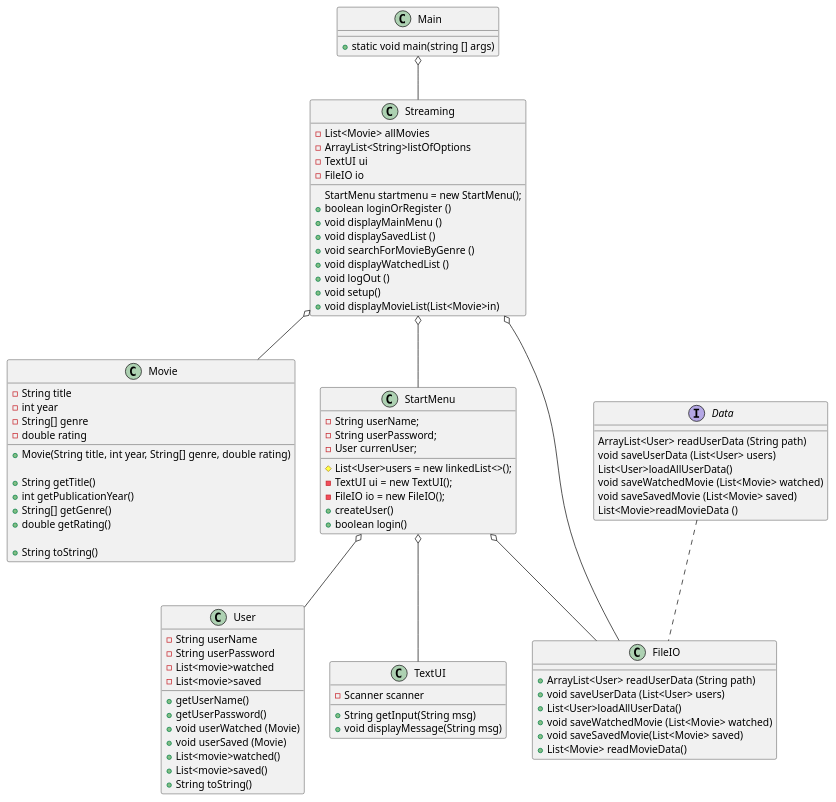
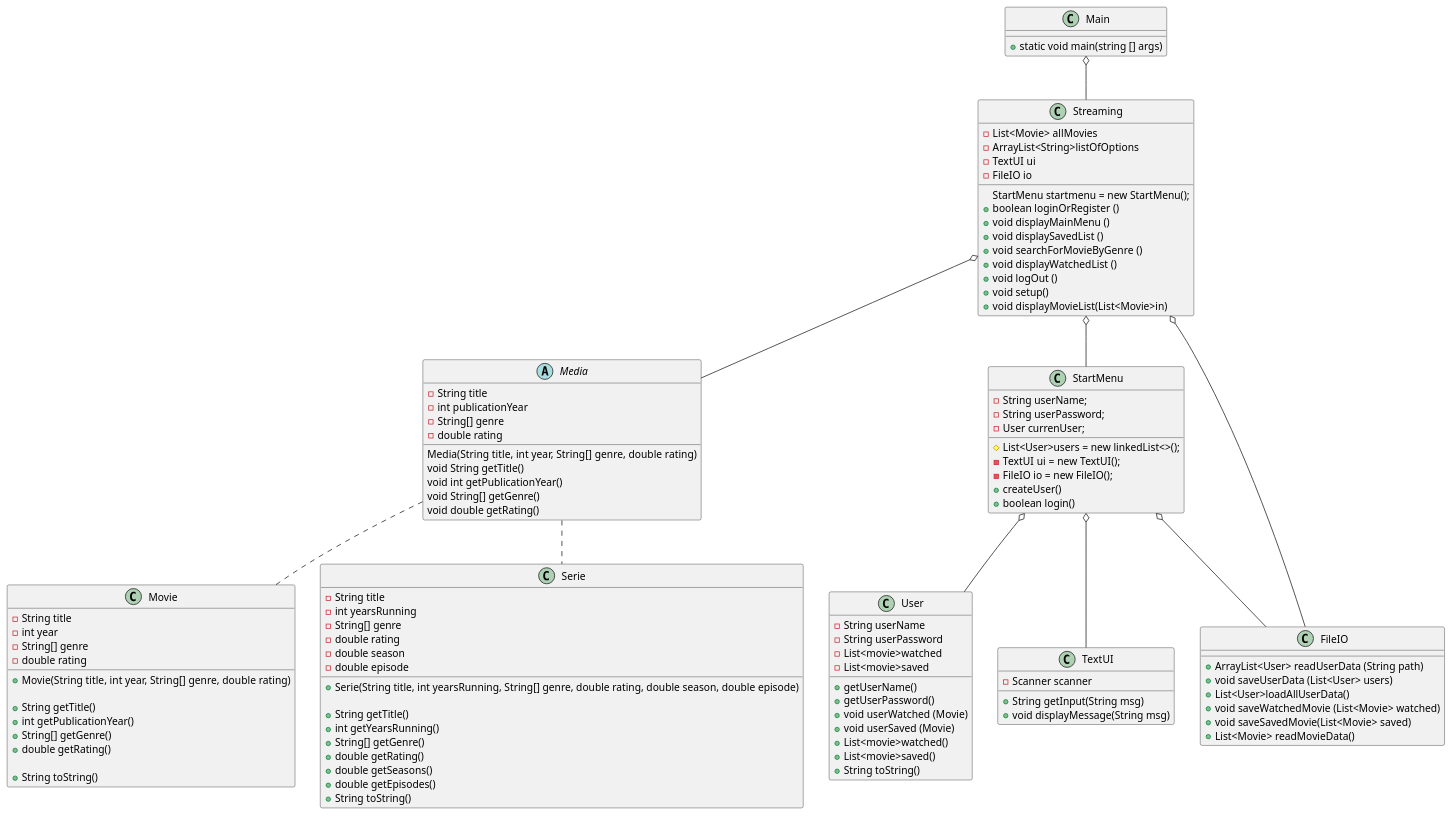
The diagram in out/production/SP3/.idea/Doc/ClassDiagram.puml (Madihakhan1/SP3), drawn with PlantUML before and after one commit. The commit also changed other lines of this file and 6 other files, not shown here.

```diff
--- a/out/production/SP3/.idea/Doc/ClassDiagram.puml
+++ b/out/production/SP3/.idea/Doc/ClassDiagram.puml
@@ -1,133 +1,152 @@
 @startuml
 'https://plantuml.com/object-diagram
 
 class Main{
 
 + static void main(string [] args)
 
 
 }
 
 class Streaming{
 
 - List<Movie> allMovies
 - ArrayList<String>listOfOptions
 - TextUI ui
 - FileIO io
 StartMenu startmenu = new StartMenu();
 + boolean loginOrRegister ()
 + void displayMainMenu ()
 + void displaySavedList ()
 + void searchForMovieByGenre ()
 + void displayWatchedList ()
 + void logOut ()
 + void setup()
 + void displayMovieList(List<Movie>in)
 
 
 
 }
 
 class User{
 
 - String userName
 - String userPassword
 - List<movie>watched
 - List<movie>saved
 
 +getUserName()
 +getUserPassword()
 + void userWatched (Movie)
 + void userSaved (Movie)
 +List<movie>watched()
 +List<movie>saved()
 + String toString()
 
-
-
-
 }
 
-
-class Movie{
-
+abstract Media{
 - String title
-- int year
+- int publicationYear
 - String[] genre
 - double rating
 
-+ Movie(String title, int year, String[] genre, double rating)
+Media(String title, int year, String[] genre, double rating)
+void String getTitle()
+void int getPublicationYear()
+void String[] getGenre()
+void double getRating()
 
-+ String getTitle()
-+ int getPublicationYear()
-+ String[] getGenre()
-+ double getRating()
 
-+ String toString()
 
 
 }
 
 class StartMenu{
 
 - String userName;
 - String userPassword;
 - User currenUser;
 # List<User>users = new linkedList<>();
 - TextUI ui = new TextUI();
 - FileIO io = new FileIO();
 + createUser()
 + boolean login()
 
 }
 
 
 
 
 class FileIO{
 
 +ArrayList<User> readUserData (String path)
 + void saveUserData (List<User> users)
 + List<User>loadAllUserData()
 + void saveWatchedMovie (List<Movie> watched)
 + void saveSavedMovie(List<Movie> saved)
 + List<Movie> readMovieData()
 }
 
 class TextUI{
 
 - Scanner scanner
 + String getInput(String msg)
 + void displayMessage(String msg)
 
 
 }
 
 
-Interface Data{
 
-ArrayList<User> readUserData (String path)
-void saveUserData (List<User> users)
-List<User>loadAllUserData()
-void saveWatchedMovie (List<Movie> watched)
-void saveSavedMovie (List<Movie> saved)
-List<Movie>readMovieData ()
+class Movie {
+- String title
+- int year
+- String[] genre
+- double rating
 
++ Movie(String title, int year, String[] genre, double rating)
+
++ String getTitle()
++ int getPublicationYear()
++ String[] getGenre()
++ double getRating()
+
++ String toString()
+
+}
+
+class Serie{
+- String title
+- int yearsRunning
+- String[] genre
+- double rating
+- double season
+- double episode
+
++ Serie(String title, int yearsRunning, String[] genre, double rating, double season, double episode)
+
++ String getTitle()
++ int getYearsRunning()
++ String[] getGenre()
++ double getRating()
++ double getSeasons()
++ double getEpisodes()
++ String toString()
 
 }
 
 Main o-- Streaming
 
 Streaming o-- StartMenu
 Streaming o-- FileIO
-Streaming o-- Movie
+Streaming o-- Media
 
+Media .. Movie
+Media .. Serie
 
 StartMenu o-- User
 StartMenu o--FileIO
 StartMenu o-- TextUI
 
-
-Data .. FileIO
-
 @enduml
```
